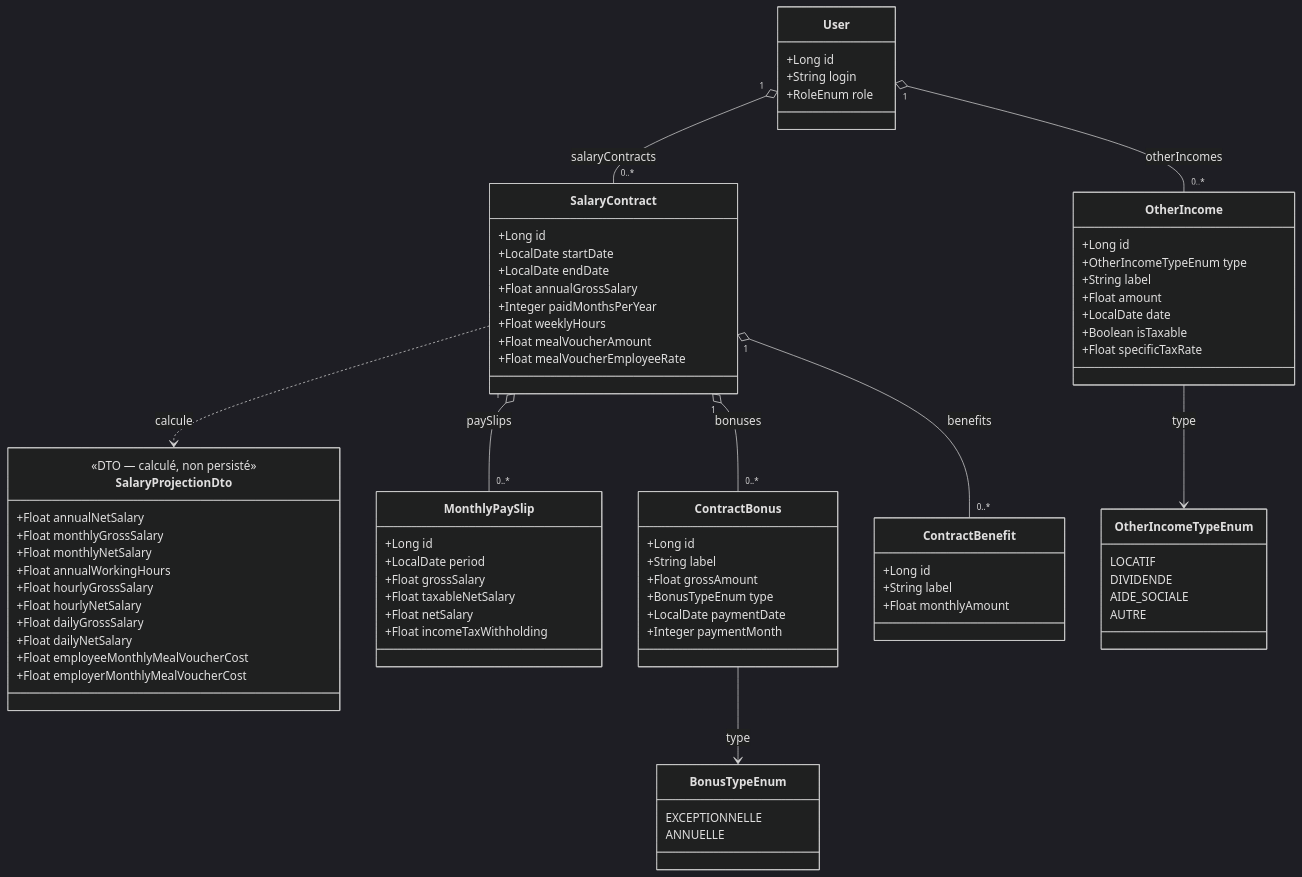
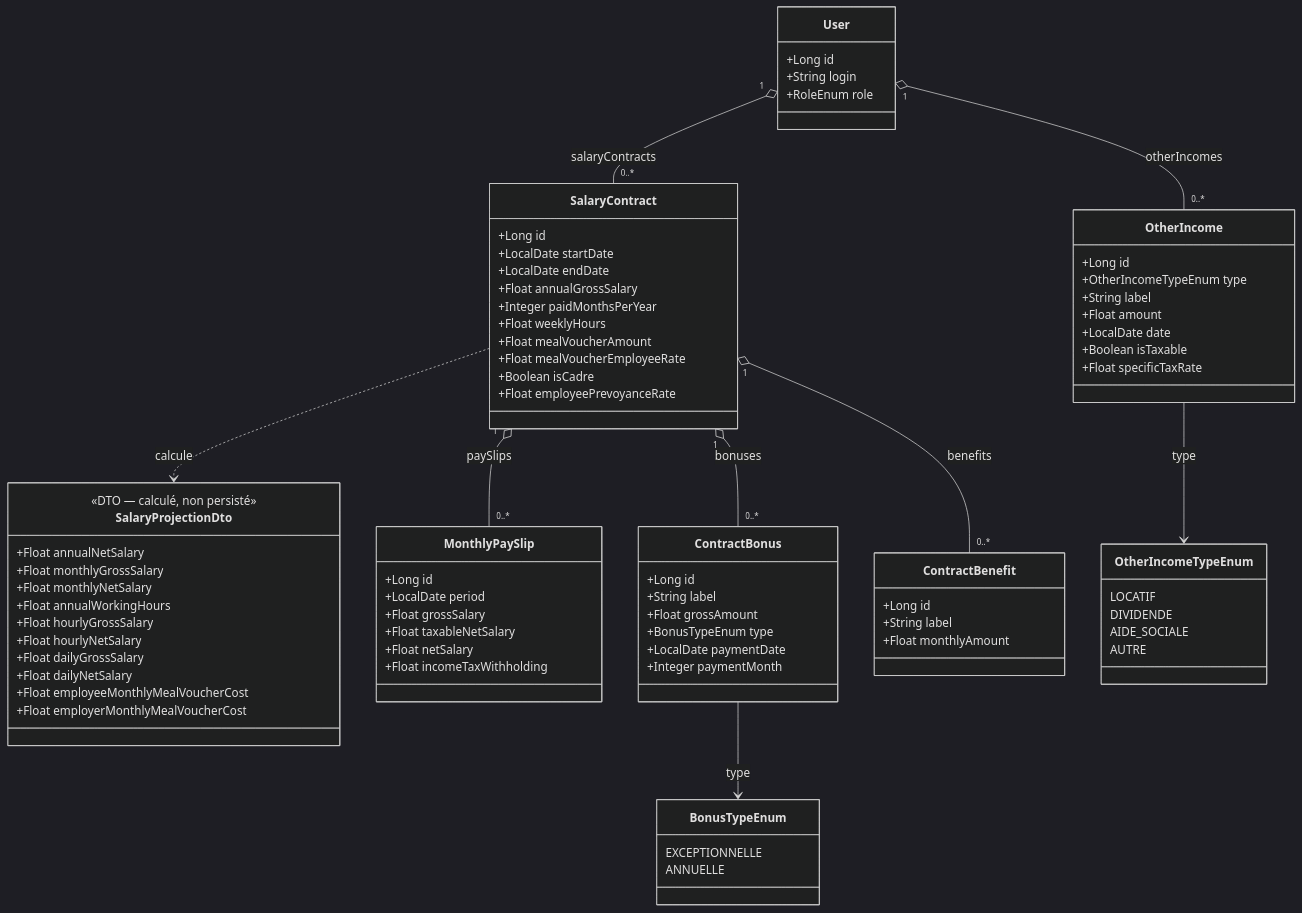
Before and after one commit to Neogost/MyFinance: the diagram in docs/architecture/salary.md, drawn with Mermaid (dark theme). The commit also changed other lines of this file and 2 other files, not shown here.

````diff
--- a/docs/architecture/salary.md
+++ b/docs/architecture/salary.md
@@ -204,80 +272,82 @@
 ```mermaid
 classDiagram
     class SalaryContract {
         +Long id
         +LocalDate startDate
         +LocalDate endDate
         +Float annualGrossSalary
         +Integer paidMonthsPerYear
         +Float weeklyHours
         +Float mealVoucherAmount
         +Float mealVoucherEmployeeRate
+        +Boolean isCadre
+        +Float employeePrevoyanceRate
     }
     class SalaryProjectionDto {
         <<DTO — calculé, non persisté>>
         +Float annualNetSalary
         +Float monthlyGrossSalary
         +Float monthlyNetSalary
         +Float annualWorkingHours
         +Float hourlyGrossSalary
         +Float hourlyNetSalary
         +Float dailyGrossSalary
         +Float dailyNetSalary
         +Float employeeMonthlyMealVoucherCost
         +Float employerMonthlyMealVoucherCost
     }
     class MonthlyPaySlip {
         +Long id
         +LocalDate period
         +Float grossSalary
         +Float taxableNetSalary
         +Float netSalary
         +Float incomeTaxWithholding
     }
     class ContractBonus {
         +Long id
         +String label
         +Float grossAmount
         +BonusTypeEnum type
         +LocalDate paymentDate
         +Integer paymentMonth
     }
     class BonusTypeEnum {
         EXCEPTIONNELLE
         ANNUELLE
     }
     class ContractBenefit {
         +Long id
         +String label
         +Float monthlyAmount
     }
     class OtherIncome {
         +Long id
         +OtherIncomeTypeEnum type
         +String label
         +Float amount
         +LocalDate date
         +Boolean isTaxable
         +Float specificTaxRate
     }
     class OtherIncomeTypeEnum {
         LOCATIF
         DIVIDENDE
         AIDE_SOCIALE
         AUTRE
     }
     class User {
         +Long id
         +String login
         +RoleEnum role
     }
 
     User "1" o-- "0..*" SalaryContract : salaryContracts
     SalaryContract ..> SalaryProjectionDto : calcule
     SalaryContract "1" o-- "0..*" MonthlyPaySlip : paySlips
     SalaryContract "1" o-- "0..*" ContractBonus : bonuses
     ContractBonus --> BonusTypeEnum : type
     SalaryContract "1" o-- "0..*" ContractBenefit : benefits
     User "1" o-- "0..*" OtherIncome : otherIncomes
     OtherIncome --> OtherIncomeTypeEnum : type
 ```
````
